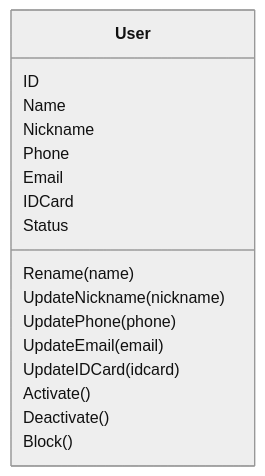
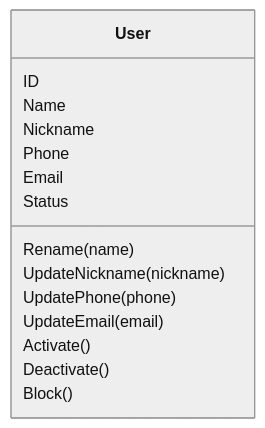
One commit to FangcunMount/iam changed the third of 12 diagrams in docs/04-身份Identity/01-User与Profile模型.md. Above: the diagram before and after it, drawn with Mermaid (neutral theme). The commit also changed other lines of this file and 65 other files, not shown here.

````diff
--- a/docs/04-身份Identity/01-User与Profile模型.md
+++ b/docs/04-身份Identity/01-User与Profile模型.md
@@ -250,20 +245,18 @@
 ```mermaid
 classDiagram
     class User {
       ID
       Name
       Nickname
       Phone
       Email
-      IDCard
       Status
       Rename(name)
       UpdateNickname(nickname)
       UpdatePhone(phone)
       UpdateEmail(email)
-      UpdateIDCard(idcard)
       Activate()
       Deactivate()
       Block()
     }
 ```
````
